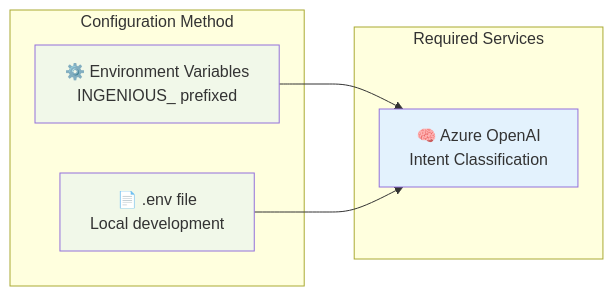
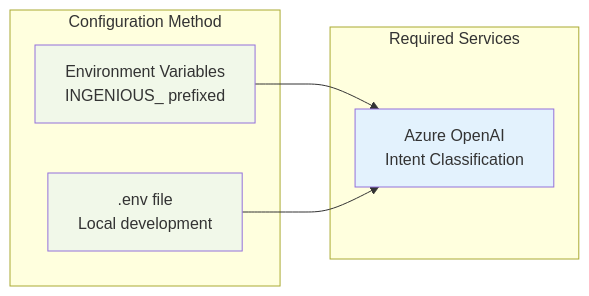
Before and after one commit to the-ingenious-dark-knight/Insight_Ingenious: the sixth of 10 diagrams in docs/workflows/README.md, drawn with Mermaid. The commit also changed other lines of this file and 23 other files, not shown here.

````diff
--- a/docs/workflows/README.md
+++ b/docs/workflows/README.md
@@ -255,20 +255,20 @@
 ```mermaid
 graph LR
     subgraph "Required Services"
-        AZURE_OPENAI[🧠 Azure OpenAI<br/>Intent Classification]
+        AZURE_OPENAI[ Azure OpenAI<br/>Intent Classification]
     end
 
     subgraph "Configuration Method"
-        ENV_VARS[⚙️ Environment Variables<br/>INGENIOUS_ prefixed]
-        ENV_FILE[📄 .env file<br/>Local development]
+        ENV_VARS[ Environment Variables<br/>INGENIOUS_ prefixed]
+        ENV_FILE[ .env file<br/>Local development]
     end
 
     ENV_VARS --> AZURE_OPENAI
     ENV_FILE --> AZURE_OPENAI
 
     classDef service fill:#e3f2fd
     classDef config fill:#f1f8e9
 
     class AZURE_OPENAI service
     class ENV_VARS,ENV_FILE config
 ```
````
